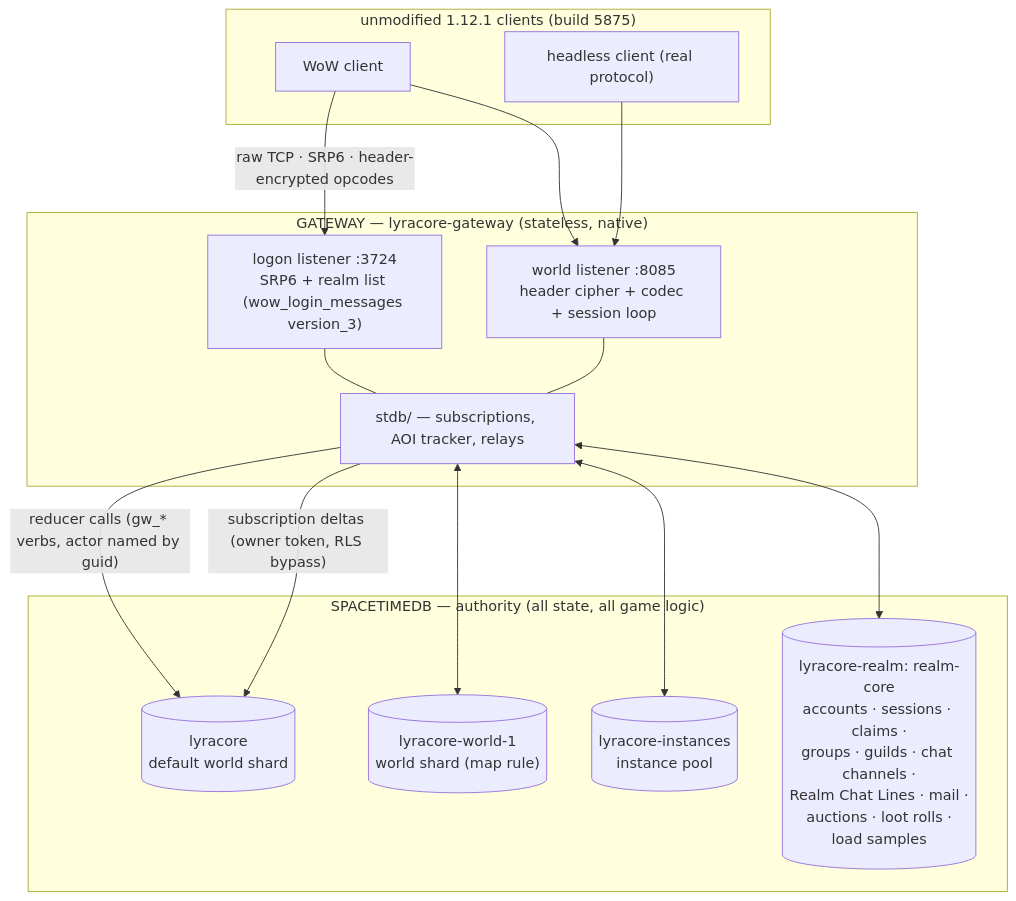
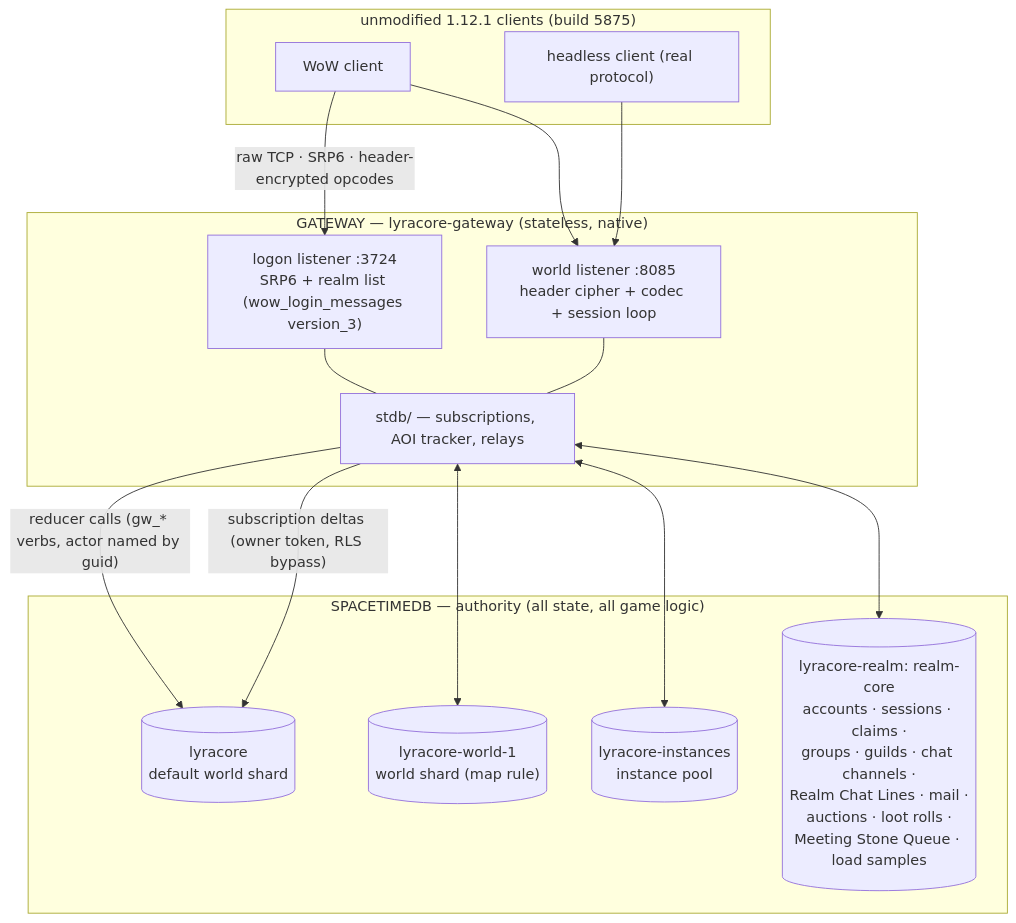
One commit to LyraCoreProject/LyraCore changed the diagram in docs/architecture.md. Above: the diagram before and after it, drawn with Mermaid. The commit also changed other lines of this file and 19 other files, not shown here.

First line of the commit message:
feat(meeting-stones): prove the realm-wide queue and relay stone events in order

````diff
--- a/docs/architecture.md
+++ b/docs/architecture.md
@@ -27,31 +27,31 @@
 ```mermaid
 flowchart TB
     subgraph clients["unmodified 1.12.1 clients (build 5875)"]
         C1["WoW client"]
         C2["headless client (real protocol)"]
     end
 
     subgraph gw["GATEWAY — lyracore-gateway (stateless, native)"]
         LOGON["logon listener :3724<br/>SRP6 + realm list (wow_login_messages version_3)"]
         WORLD["world listener :8085<br/>header cipher + codec + session loop"]
         SUBS["stdb/ — subscriptions, AOI tracker, relays"]
     end
 
     subgraph stdb["SPACETIMEDB — authority (all state, all game logic)"]
         W0[("lyracore<br/>default world shard")]
         W1[("lyracore-world-1<br/>world shard (map rule)")]
         INST[("lyracore-instances<br/>instance pool")]
-        RC[("lyracore-realm: realm-core<br/>accounts · sessions · claims ·<br/>groups · guilds · chat channels ·<br/>Realm Chat Lines · mail ·<br/>auctions · loot rolls ·<br/>load samples")]
+        RC[("lyracore-realm: realm-core<br/>accounts · sessions · claims ·<br/>groups · guilds · chat channels ·<br/>Realm Chat Lines · mail ·<br/>auctions · loot rolls ·<br/>Meeting Stone Queue · load samples")]
     end
 
     C1 -- "raw TCP · SRP6 · header-encrypted opcodes" --> LOGON
     C1 --> WORLD
     C2 --> WORLD
     LOGON --- SUBS
     WORLD --- SUBS
     SUBS -- "reducer calls (gw_* verbs, actor named by guid)" --> W0
     SUBS -- "subscription deltas (owner token, RLS bypass)" --> W0
     SUBS <--> W1
     SUBS <--> INST
     SUBS <--> RC
 ```
````
